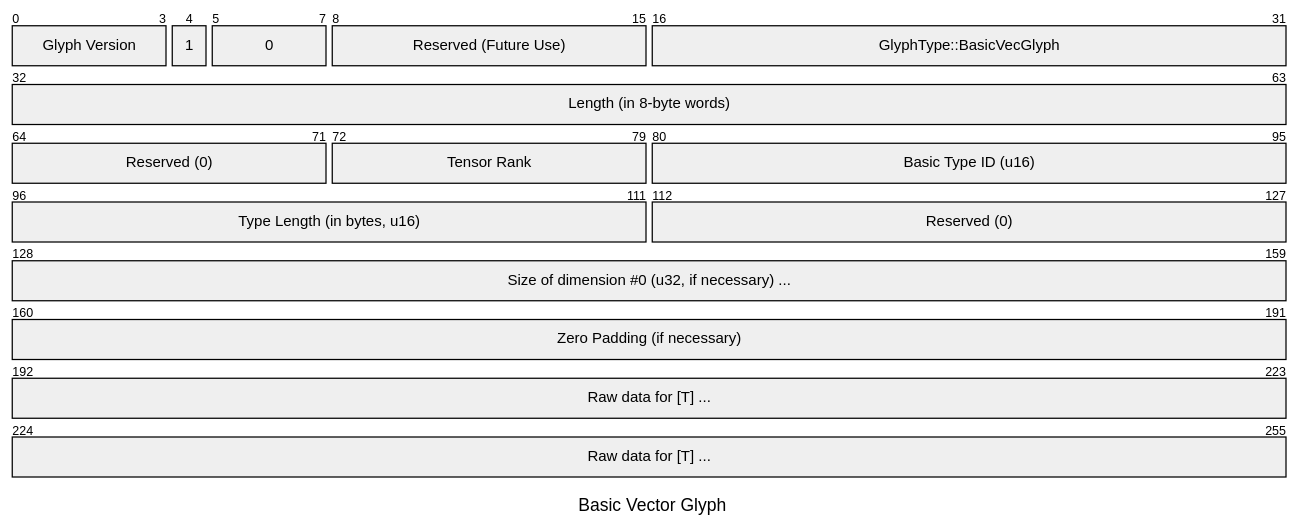
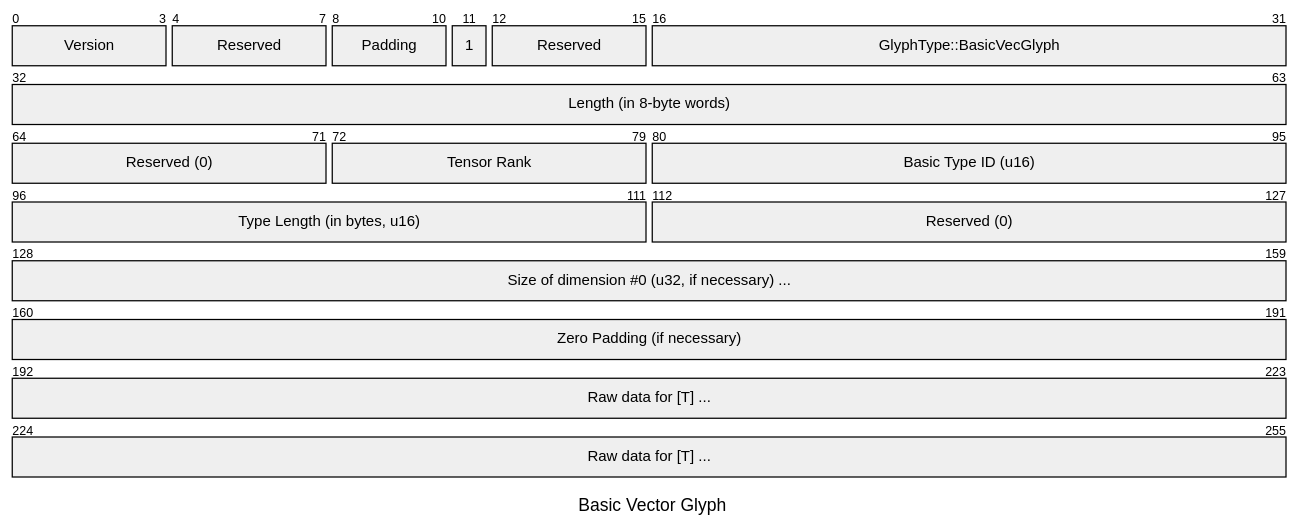
One commit to elara-themica/glifs-contributor-guide changed diagram 12 of 15 in src/binary_formats.md. Above: the diagram before and after it, drawn with Mermaid. The commit also changed other lines of this file, not shown here.

````diff
--- a/src/binary_formats.md
+++ b/src/binary_formats.md
@@ -277,20 +343,21 @@
 ```mermaid
 ---
 title: "Basic Vector Glyph"
 ---
 packet-beta
-0-3: "Glyph Version"
-4: "1"
-5-7: "0"
-8-15: "Reserved (Future Use)"
+0-3: "Version"
+4-7: "Reserved"
+8-10: "Padding"
+11: "1"
+12-15: "Reserved"
 16-31: "GlyphType::BasicVecGlyph"
 32-63: "Length (in 8-byte words)"
 64-71: "Reserved (0)"
 72-79: "Tensor Rank"
 80-95: "Basic Type ID (u16)"
 96-111: "Type Length (in bytes, u16)"
 112-127: "Reserved (0)"
 128-159: "Size of dimension #0 (u32, if necessary) ..."
 160-191: "Zero Padding (if necessary)"
 192-255: "Raw data for [T] ..."
 ```
````
